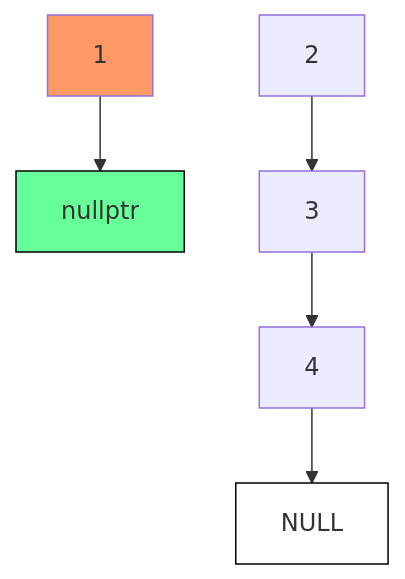
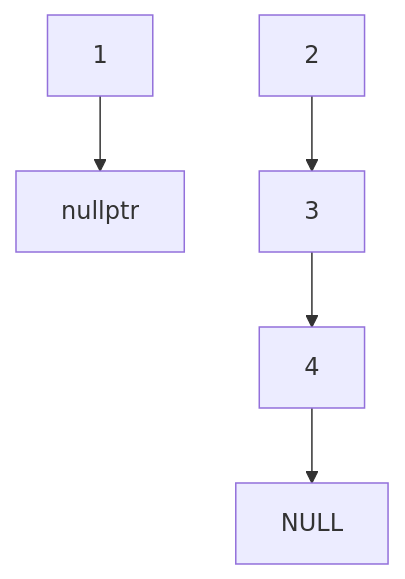
The second of 6 diagrams in computer-science/linked-list-reverse.md (robenkleene/development-references), drawn with Mermaid before and after one commit. The commit also changed other lines of this file, not shown here.

````diff
--- a/computer-science/linked-list-reverse.md
+++ b/computer-science/linked-list-reverse.md
@@ -43,11 +42,8 @@
 ``` mermaid
 graph TD
     prev[nullptr]
     A[1] --> prev
     B[2] --> C[3]
     C --> D[4]
     D --> NULL
-    style A fill:#f96
-    style prev fill:#6f9,stroke:#000
-    style NULL fill:#fff,stroke:#000
 ```
````
